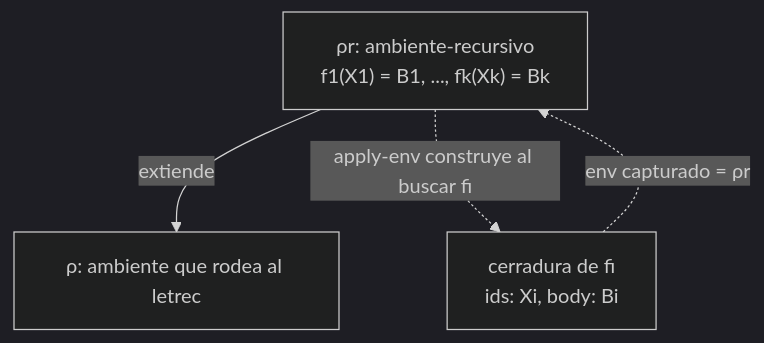
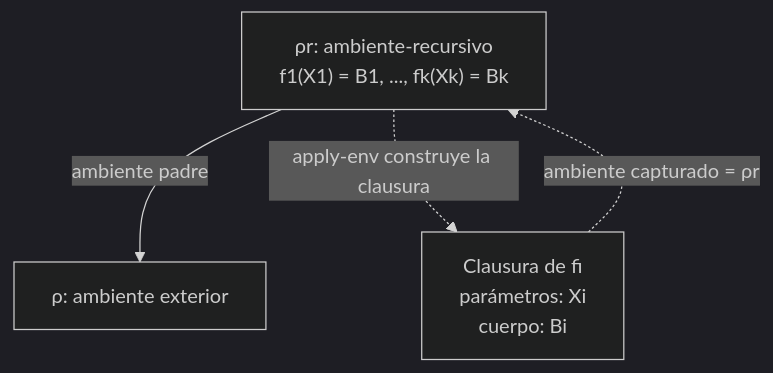
One commit to Nicolas-Cardona2/flp-2026-2-taller-02-cauca-GrupoCK changed the third of 3 diagrams in docs/informe-correccion.md. Above: the diagram before and after it, drawn with Mermaid (dark theme). The commit also changed other lines of this file and 3 other files, not shown here.

````diff
--- a/docs/informe-correccion.md
+++ b/docs/informe-correccion.md
@@ -319,9 +780,9 @@
 ```mermaid
 graph TD
   R["ρr: ambiente-recursivo<br/>f1(X1) = B1, ..., fk(Xk) = Bk"]
-  P["ρ: ambiente que rodea al letrec"]
-  C["cerradura de fi<br/>ids: Xi, body: Bi"]
-  R -->|extiende| P
-  R -. "apply-env construye al buscar fi" .-> C
-  C -. "env capturado = ρr" .-> R
+  P["ρ: ambiente exterior"]
+  C["Clausura de fi<br/>parámetros: Xi<br/>cuerpo: Bi"]
+  R -->|"ambiente padre"| P
+  R -.->|"apply-env construye la clausura"| C
+  C -.->|"ambiente capturado = ρr"| R
 ```
````
